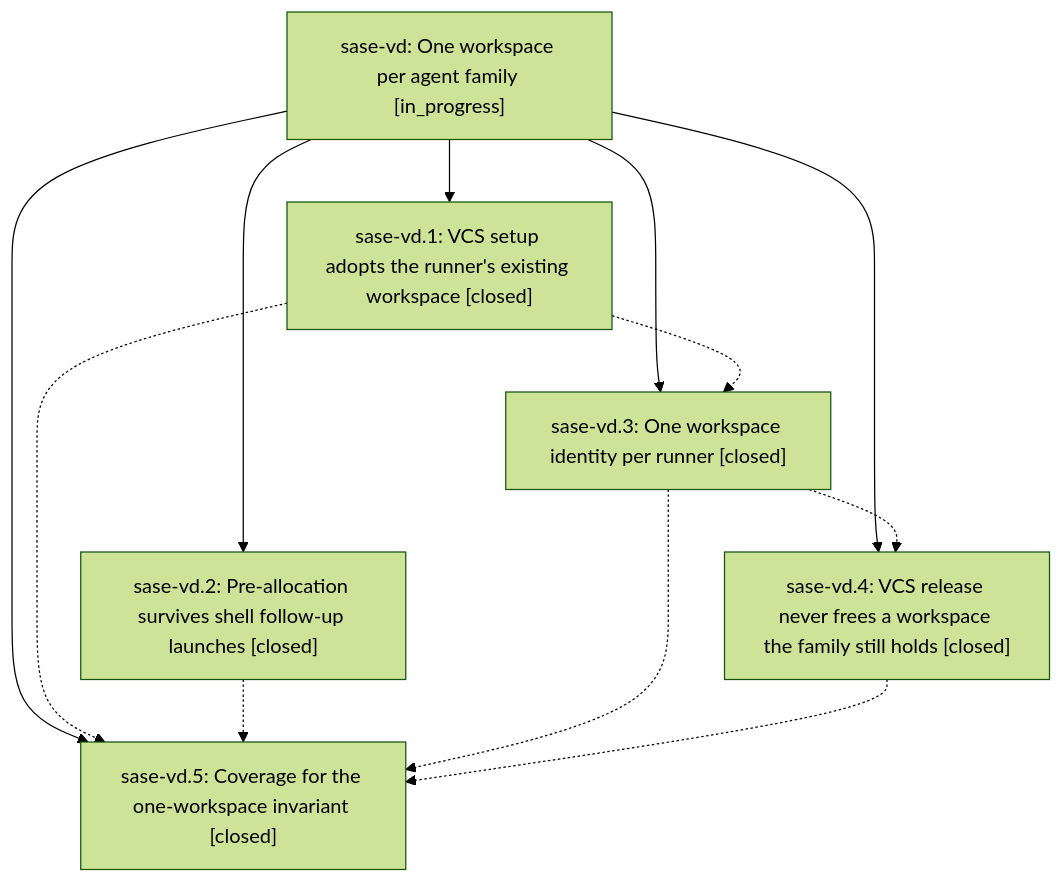
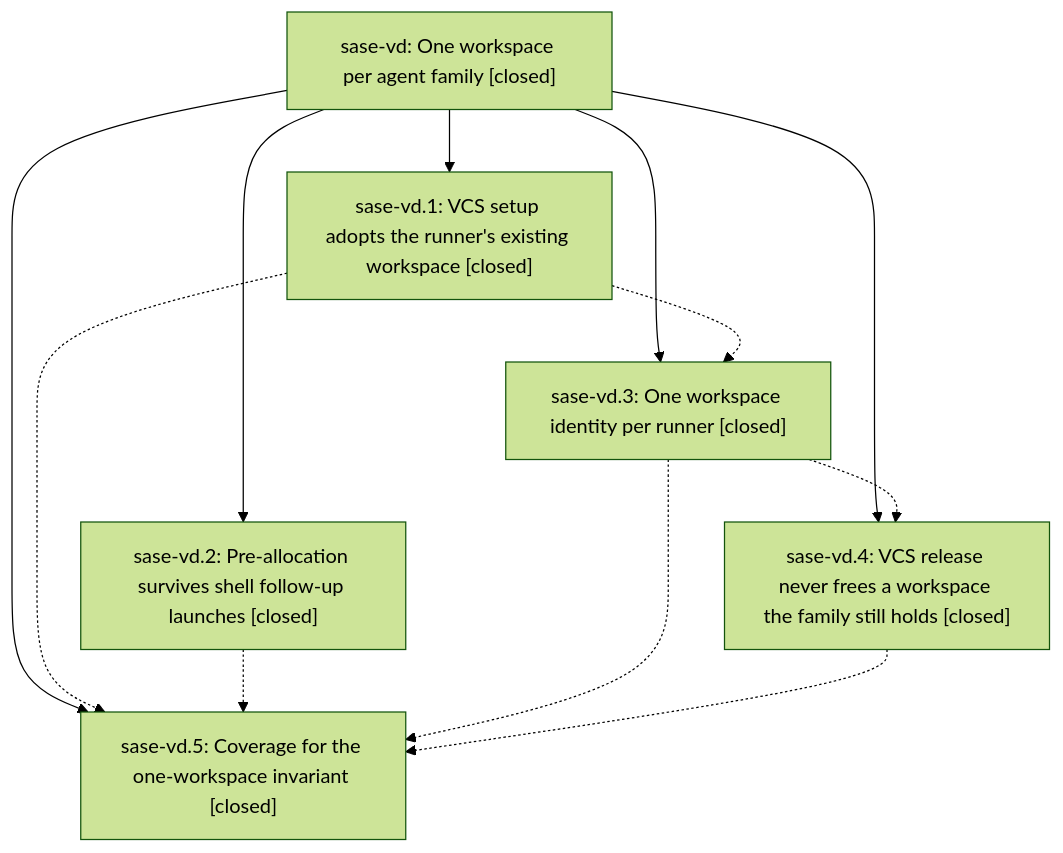
One commit to sase-org/sase--beads changed the diagram in pages/sase-vd/README.md. Above: the diagram before and after it, drawn with Mermaid (forest theme). The commit also changed other lines of this file and 3 other files, not shown here.

````diff
--- a/pages/sase-vd/README.md
+++ b/pages/sase-vd/README.md
@@ -38,20 +48,20 @@
 ```mermaid
 flowchart TD
-    n0["sase-vd: One workspace per agent family [in_progress]"]
+    n0["sase-vd: One workspace per agent family [closed]"]
     n1["sase-vd.1: VCS setup adopts the runner's existing workspace [closed]"]
     n2["sase-vd.2: Pre-allocation survives shell follow-up launches [closed]"]
     n3["sase-vd.3: One workspace identity per runner [closed]"]
     n4["sase-vd.4: VCS release never frees a workspace the family still holds [closed]"]
     n5["sase-vd.5: Coverage for the one-workspace invariant [closed]"]
     n0 --> n1
     n0 --> n2
     n0 --> n3
     n0 --> n4
     n0 --> n5
     n1 -.-> n3
     n1 -.-> n5
     n2 -.-> n5
     n3 -.-> n4
     n3 -.-> n5
     n4 -.-> n5
 ```
````
